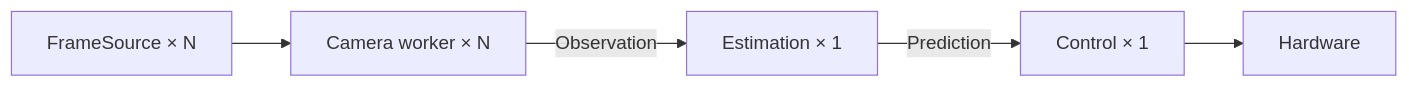
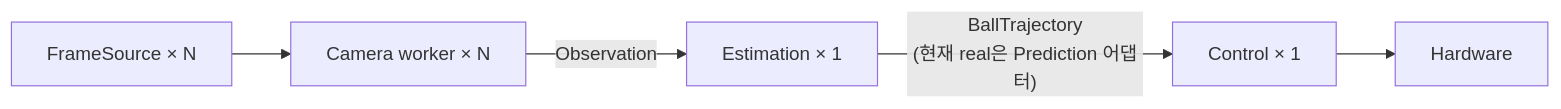
One commit to luv-all/pingpong-bot changed the second of 4 diagrams in README.md. Above: the diagram before and after it, drawn with Mermaid. The commit also changed other lines of this file and 26 other files, not shown here.

````diff
--- a/README.md
+++ b/README.md
@@ -224,10 +369,10 @@
 ```mermaid
 flowchart LR
   frames["FrameSource × N"]
   camT["Camera worker × N"]
   estT["Estimation × 1"]
   ctrlT["Control × 1"]
   actuator["Hardware"]
 
-  frames --> camT -->|"Observation"| estT -->|"Prediction"| ctrlT --> actuator
+  frames --> camT -->|"Observation"| estT -->|"BallTrajectory<br/>(현재 real은 Prediction 어댑터)"| ctrlT --> actuator
 ```
````
